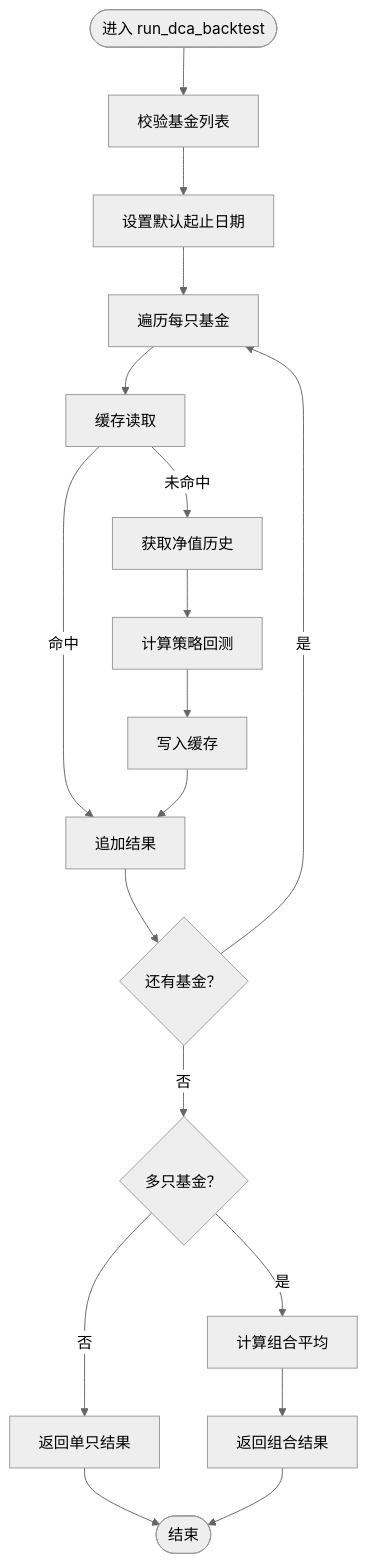
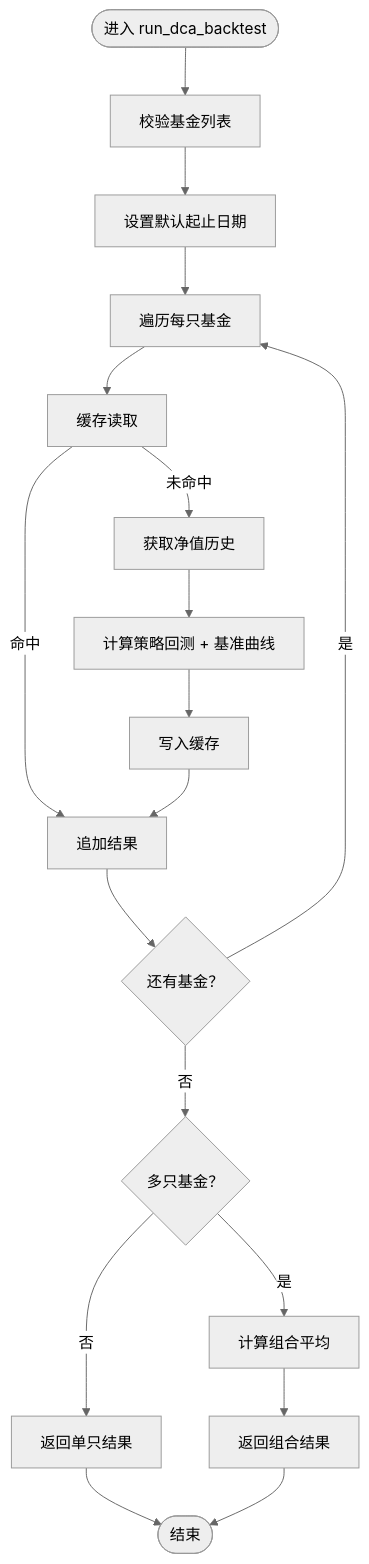
Before and after one commit to youkell85/FundTrader: the third of 8 diagrams in .qoder/repowiki/zh/content/核心功能模块/定投回测系统.md, drawn with Mermaid (neutral theme). The commit also changed other lines of this file and 11 other files, not shown here.

````diff
--- a/.qoder/repowiki/zh/content/核心功能模块/定投回测系统.md
+++ b/.qoder/repowiki/zh/content/核心功能模块/定投回测系统.md
@@ -167,20 +189,20 @@
 ```mermaid
 flowchart TD
 Start(["进入 run_dca_backtest"]) --> CheckCodes["校验基金列表"]
 CheckCodes --> SetDates["设置默认起止日期"]
 SetDates --> LoopFunds["遍历每只基金"]
 LoopFunds --> CacheGet["缓存读取"]
 CacheGet --> |命中| AppendRes["追加结果"]
 CacheGet --> |未命中| FetchNav["获取净值历史"]
-FetchNav --> Calc["计算策略回测"]
+FetchNav --> Calc["计算策略回测 + 基准曲线"]
 Calc --> CacheSet["写入缓存"]
 CacheSet --> AppendRes
 AppendRes --> MoreFunds{"还有基金？"}
 MoreFunds --> |是| LoopFunds
 MoreFunds --> |否| Combine{"多只基金？"}
 Combine --> |是| Avg["计算组合平均"]
 Combine --> |否| ReturnSingle["返回单只结果"]
 Avg --> ReturnCombined["返回组合结果"]
 ReturnSingle --> End(["结束"])
 ReturnCombined --> End
 ```
````
